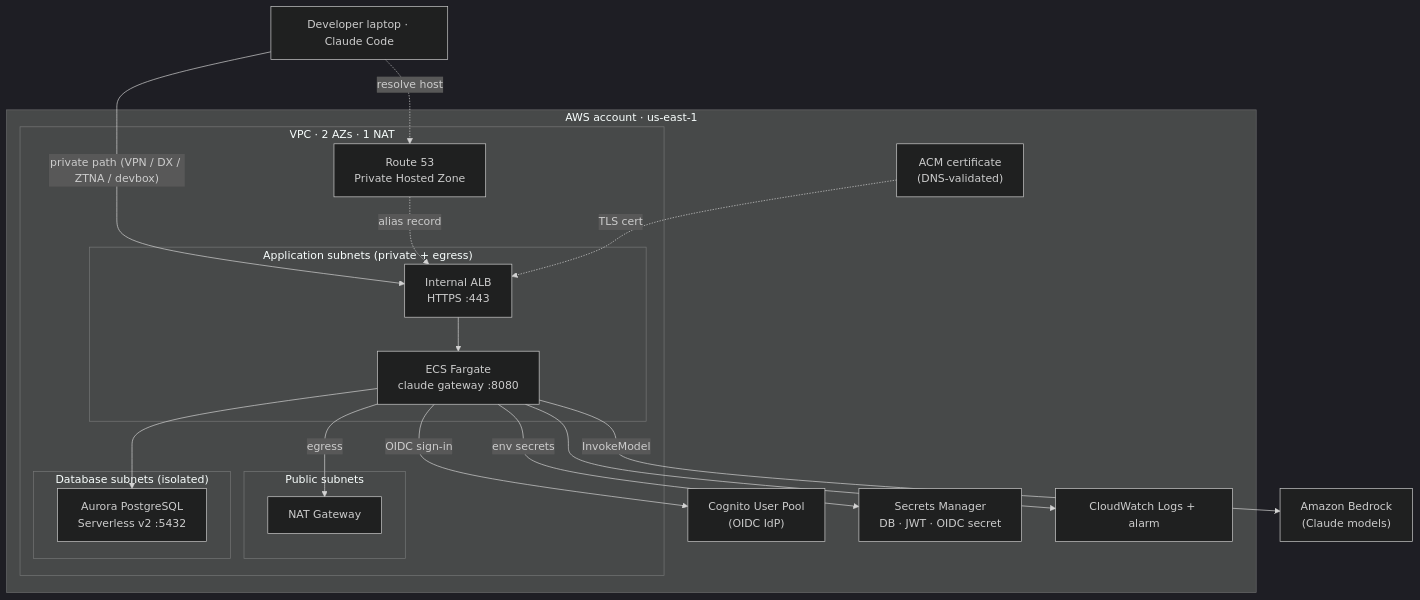
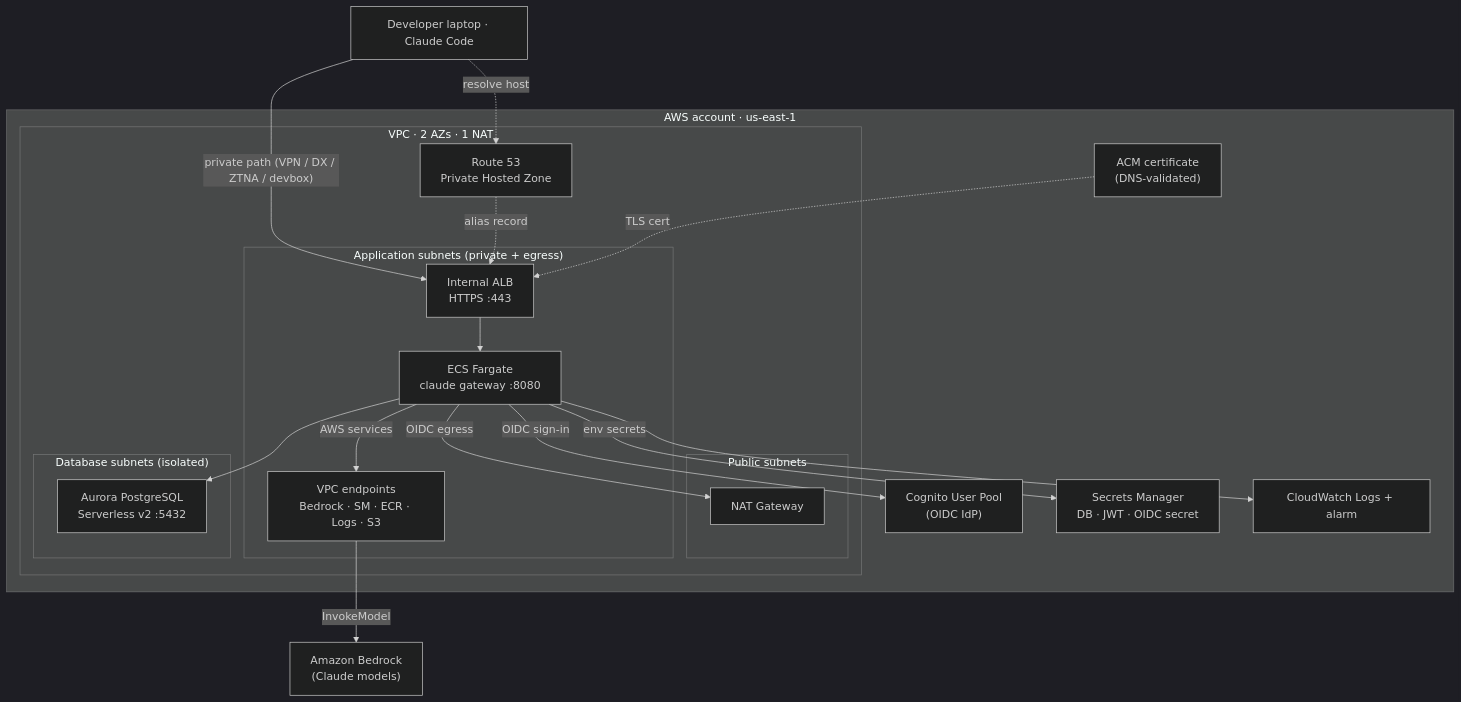
The diagram in ai-coding-assistants/claude-apps-gateway-on-aws/docs/architecture.md (aws-samples/sample-apj-sup-sa), drawn with Mermaid (dark theme) before and after one commit. The commit also changed other lines of this file and 5 other files, not shown here.

Commit message:
feat: add VPC interface endpoints and S3 gateway for AWS-service traffic

````diff
--- a/ai-coding-assistants/claude-apps-gateway-on-aws/docs/architecture.md
+++ b/ai-coding-assistants/claude-apps-gateway-on-aws/docs/architecture.md
@@ -6,38 +6,40 @@
 ```mermaid
 flowchart TB
   Dev["Developer laptop · Claude Code"]
   Bedrock["Amazon Bedrock<br/>(Claude models)"]
 
   subgraph AWS["AWS account · us-east-1"]
     ACM["ACM certificate<br/>(DNS-validated)"]
     Cognito["Cognito User Pool<br/>(OIDC IdP)"]
     Secrets["Secrets Manager<br/>DB · JWT · OIDC secret"]
     Logs["CloudWatch Logs + alarm"]
 
     subgraph VPC["VPC · 2 AZs · 1 NAT"]
       R53["Route 53<br/>Private Hosted Zone"]
       subgraph Pub["Public subnets"]
         NAT["NAT Gateway"]
       end
       subgraph App["Application subnets (private + egress)"]
         ALB["Internal ALB<br/>HTTPS :443"]
         ECS["ECS Fargate<br/>claude gateway :8080"]
+        VPCE["VPC endpoints<br/>Bedrock · SM · ECR · Logs · S3"]
       end
       subgraph Db["Database subnets (isolated)"]
         DB["Aurora PostgreSQL<br/>Serverless v2 :5432"]
       end
     end
   end
 
   Dev -->|"private path (VPN / DX / ZTNA / devbox)"| ALB
   Dev -.->|"resolve host"| R53
   R53 -.->|"alias record"| ALB
   ACM -.->|"TLS cert"| ALB
   ALB --> ECS
   ECS --> DB
   ECS -->|"OIDC sign-in"| Cognito
   ECS -->|"env secrets"| Secrets
   ECS --> Logs
-  ECS -->|"egress"| NAT
-  ECS -->|"InvokeModel"| Bedrock
+  ECS -->|"OIDC egress"| NAT
+  ECS -->|"AWS services"| VPCE
+  VPCE -->|"InvokeModel"| Bedrock
 ```
````
